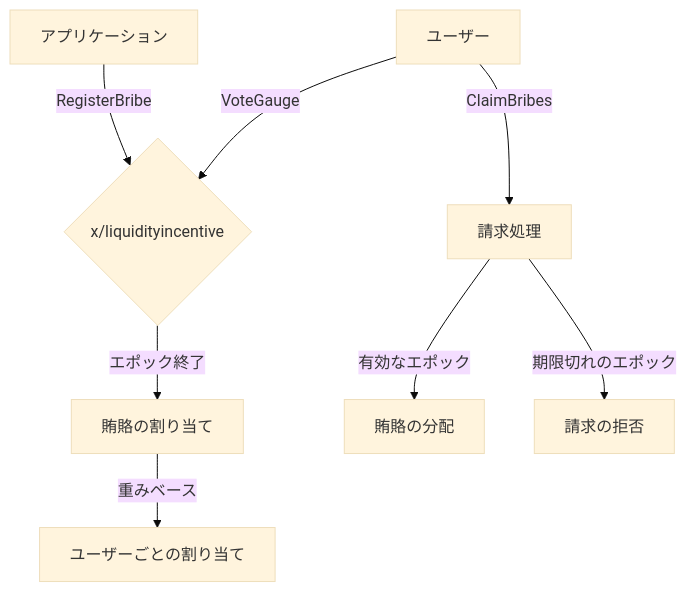
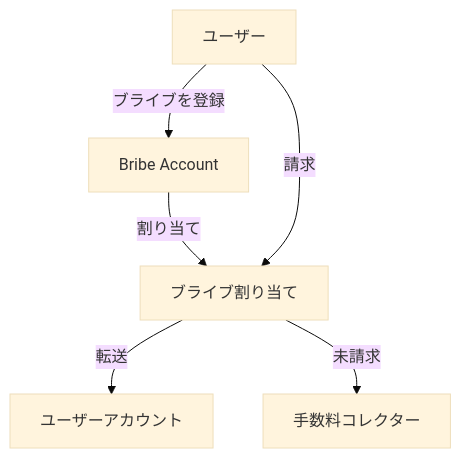
Before and after one commit to sunriselayer/sunrise-docs-ja: the diagram in src/content/docs/learn/sunrise/liquidity-incentive/bribes.md, drawn with Mermaid (base theme). The commit also changed other lines of this file and 26 other files, not shown here.

````diff
--- a/src/content/docs/learn/sunrise/liquidity-incentive/bribes.md
+++ b/src/content/docs/learn/sunrise/liquidity-incentive/bribes.md
@@ -47,10 +100,8 @@
 ```mermaid
-graph TD
-    A[アプリケーション] -->|RegisterBribe| B{x/liquidityincentive}
-    C[ユーザー] -->|VoteGauge| B
-    B -->|エポック終了| D[賄賂の割り当て]
-    D -->|重みベース| E[ユーザーごとの割り当て]
-    C -->|ClaimBribes| F[請求処理]
-    F -->|有効なエポック| G[賄賂の分配]
-    F -->|期限切れのエポック| H[請求の拒否]
+flowchart TD
+    User[ユーザー] -->|ブライブを登録| BribeAccount[Bribe Account]
+    BribeAccount -->|割り当て| Allocation[ブライブ割り当て]
+    User -->|請求| Allocation
+    Allocation -->|転送| UserAccount[ユーザーアカウント]
+    Allocation -->|未請求| FeeCollector[手数料コレクター]
 ```
````
